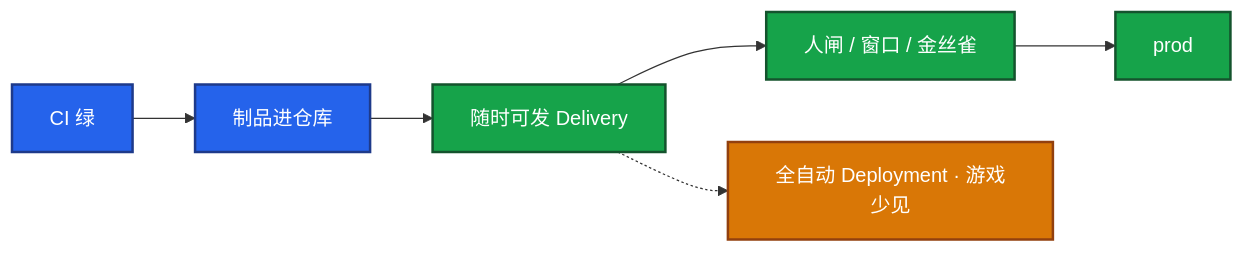
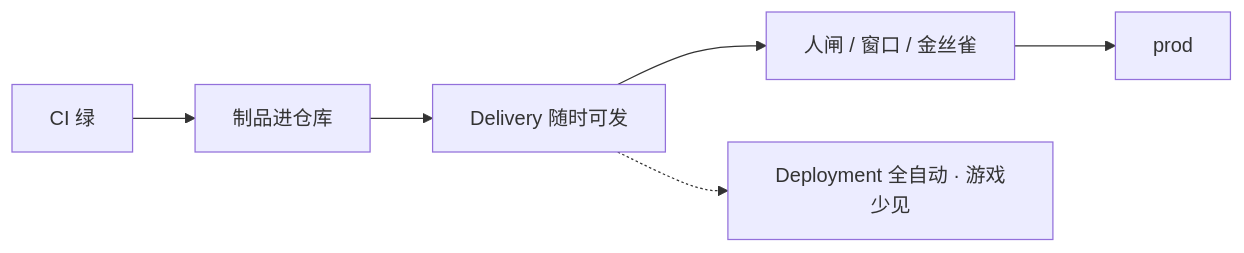
Before and after one commit to ml-cuizijun/LearnToLilith: the fourth of 8 diagrams in 05-工程化与自动化/02-CI-CD/知识点.md, drawn with Mermaid. The commit also changed other lines of this file and 107 other files, not shown here.

````diff
--- a/05-工程化与自动化/02-CI-CD/知识点.md
+++ b/05-工程化与自动化/02-CI-CD/知识点.md
@@ -174,15 +186,8 @@
 ```mermaid
 flowchart LR
     A[CI 绿] --> B[制品进仓库]
-    B --> C[随时可发 Delivery]
+    B --> C[Delivery 随时可发]
     C --> D[人闸 / 窗口 / 金丝雀]
     D --> E[prod]
-    C -.-> F[全自动 Deployment · 游戏少见]
-
-    classDef a fill:#2563EB,stroke:#1E3A8A,stroke-width:2px,color:#fff
-    classDef b fill:#16A34A,stroke:#14532D,stroke-width:2px,color:#fff
-    classDef c fill:#D97706,stroke:#92400E,stroke-width:2px,color:#fff
-    class A,B a
-    class C,D,E b
-    class F c
+    C -.-> F[Deployment 全自动 · 游戏少见]
 ```
````
